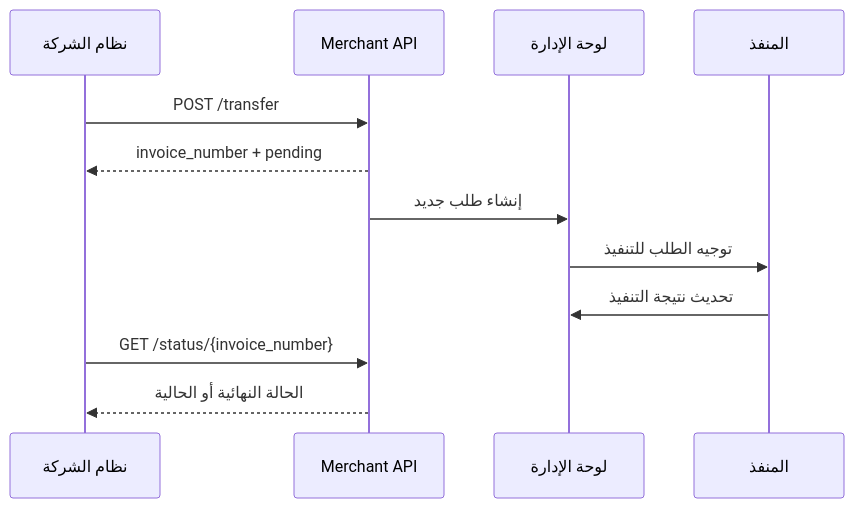
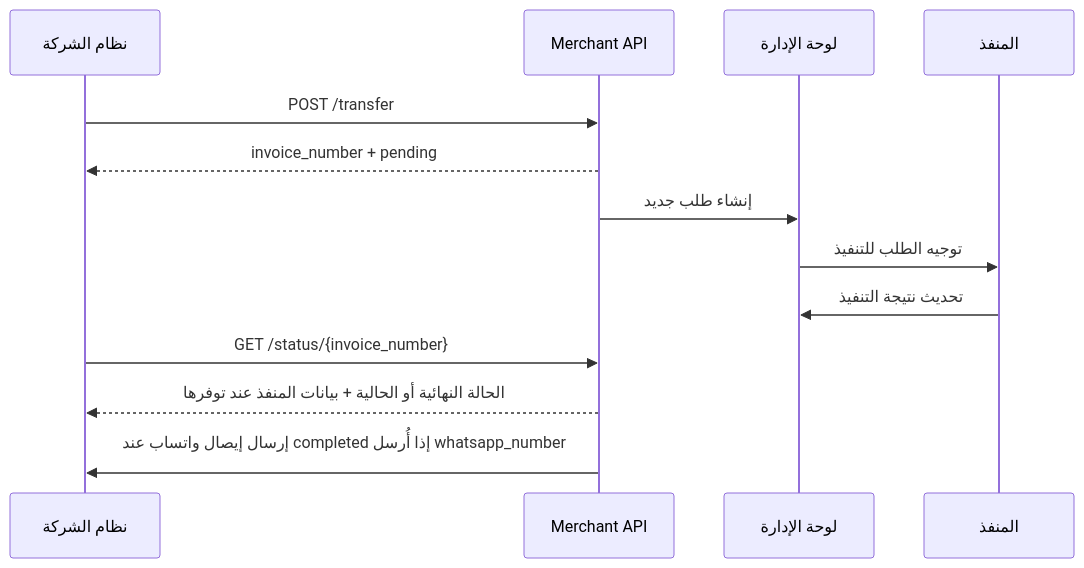
Before and after one commit to frpbypassen-rgb/vodafone-cash-v2: the diagram in docs/API-Integration-Guide-AR.md, drawn with Mermaid. The commit also changed other lines of this file and 8 other files, not shown here.

Commit message:
feat: strengthen merchant API partner integration

````diff
--- a/docs/API-Integration-Guide-AR.md
+++ b/docs/API-Integration-Guide-AR.md
@@ -336,15 +348,16 @@
 ```mermaid
 sequenceDiagram
     participant Partner as نظام الشركة
     participant API as Merchant API
     participant Admin as لوحة الإدارة
     participant Executor as المنفذ
 
     Partner->>API: POST /transfer
     API-->>Partner: invoice_number + pending
     API->>Admin: إنشاء طلب جديد
     Admin->>Executor: توجيه الطلب للتنفيذ
     Executor->>Admin: تحديث نتيجة التنفيذ
     Partner->>API: GET /status/{invoice_number}
-    API-->>Partner: الحالة النهائية أو الحالية
+    API-->>Partner: الحالة النهائية أو الحالية + بيانات المنفذ عند توفرها
+    API->>Partner: إرسال إيصال واتساب عند completed إذا أُرسل whatsapp_number
 ```
````
